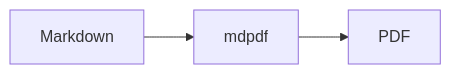
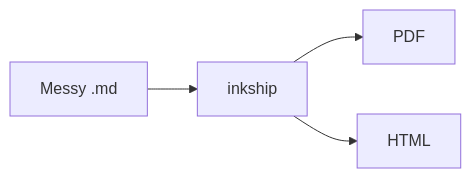
One commit to kushjaggi/pncsy changed the diagram in examples/sample.md. Above: the diagram before and after it, drawn with Mermaid. The commit also changed other lines of this file and 9 other files, not shown here.

First line of the commit message:
feat: rebrand as inkship — ship MD as PDF/HTML/pack

````diff
--- a/examples/sample.md
+++ b/examples/sample.md
@@ -11,5 +21,6 @@
 ```mermaid
 flowchart LR
-  A[Markdown] --> B[mdpdf]
+  A[Messy .md] --> B[inkship]
   B --> C[PDF]
+  B --> D[HTML]
 ```
````
